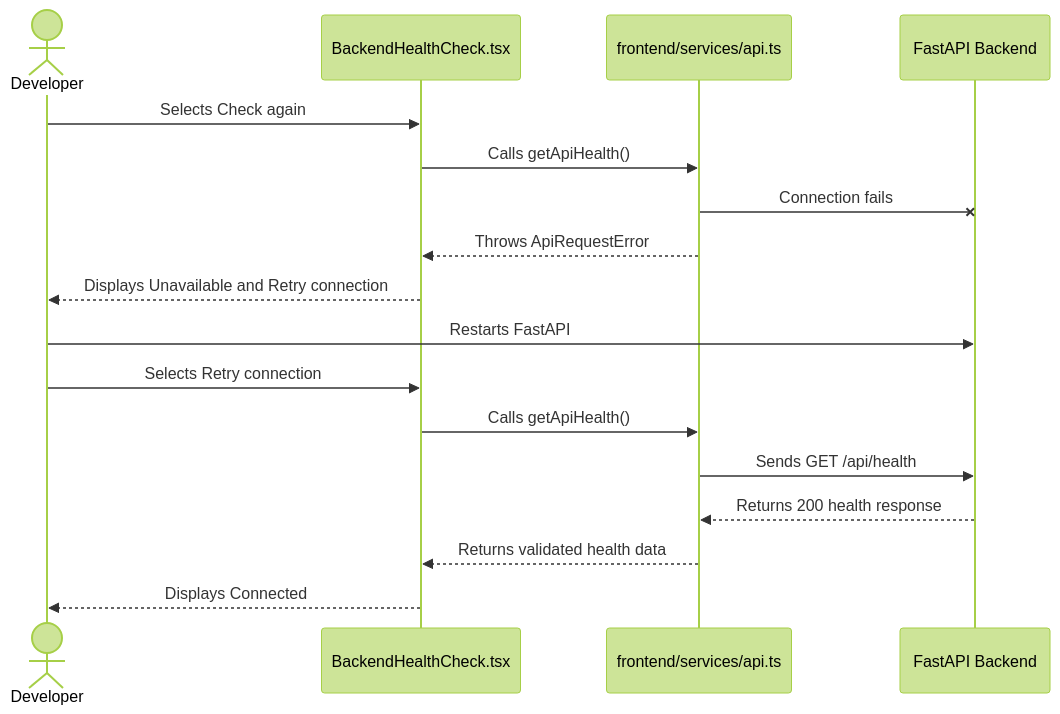
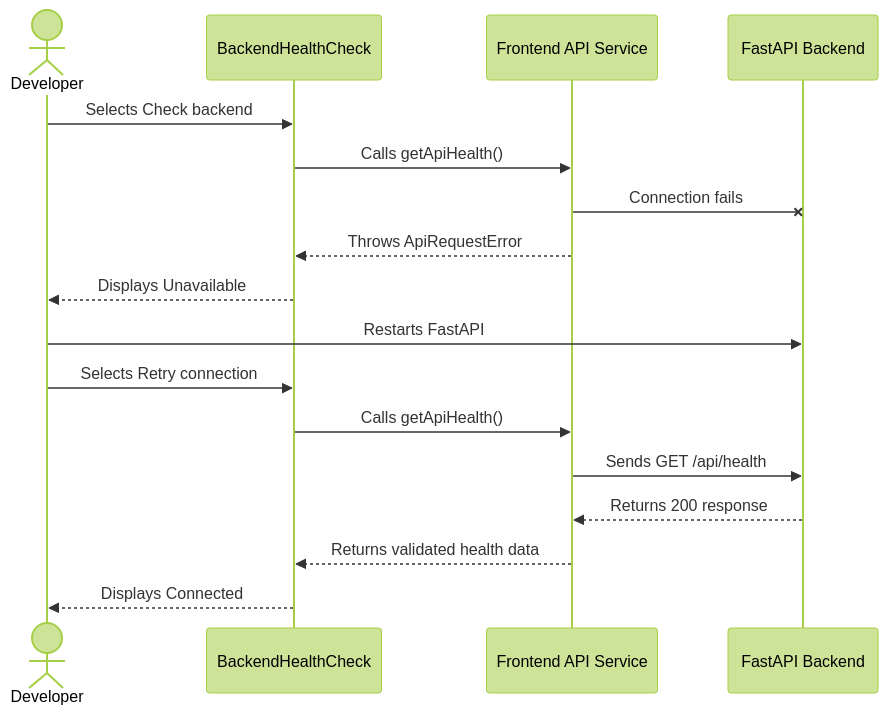
The seventh of 31 diagrams in docs/ARCHITECTURE.md (jianna-acc/stsp-capstone), drawn with Mermaid (forest theme) before and after one commit. The commit also changed other lines of this file and 29 other files, not shown here.

````diff
--- a/docs/ARCHITECTURE.md
+++ b/docs/ARCHITECTURE.md
@@ -282,21 +316,21 @@
 ```mermaid
 sequenceDiagram
     actor Developer
-    participant Component as BackendHealthCheck.tsx
-    participant APIService as frontend/services/api.ts
+    participant Component as BackendHealthCheck
+    participant APIService as Frontend API Service
     participant Backend as FastAPI Backend
 
-    Developer->>Component: Selects Check again
+    Developer->>Component: Selects Check backend
     Component->>APIService: Calls getApiHealth()
     APIService-xBackend: Connection fails
     APIService-->>Component: Throws ApiRequestError
-    Component-->>Developer: Displays Unavailable and Retry connection
+    Component-->>Developer: Displays Unavailable
 
     Developer->>Backend: Restarts FastAPI
     Developer->>Component: Selects Retry connection
     Component->>APIService: Calls getApiHealth()
     APIService->>Backend: Sends GET /api/health
-    Backend-->>APIService: Returns 200 health response
+    Backend-->>APIService: Returns 200 response
     APIService-->>Component: Returns validated health data
     Component-->>Developer: Displays Connected
 ```
````
